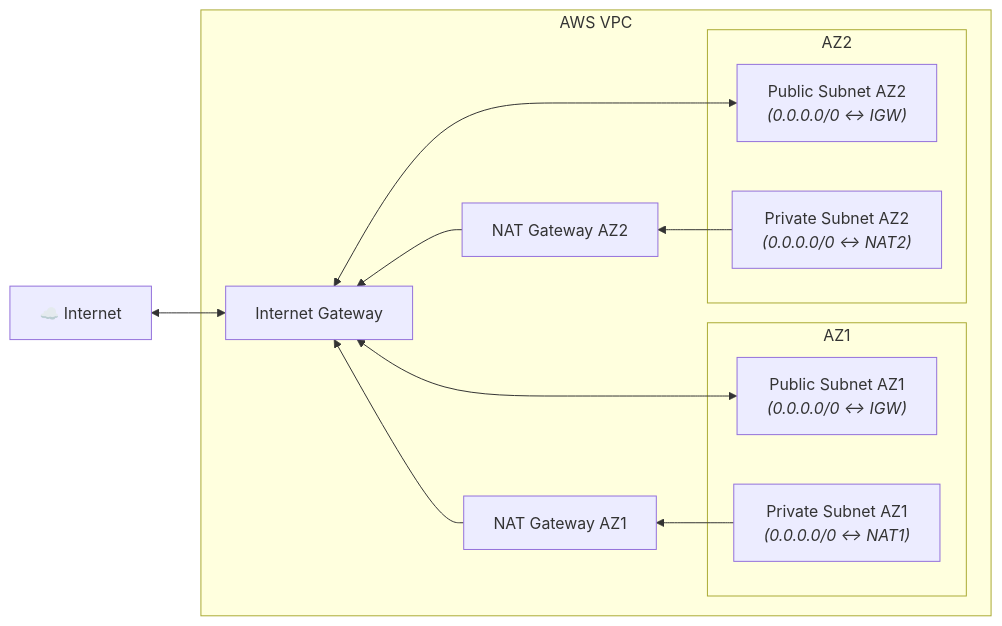
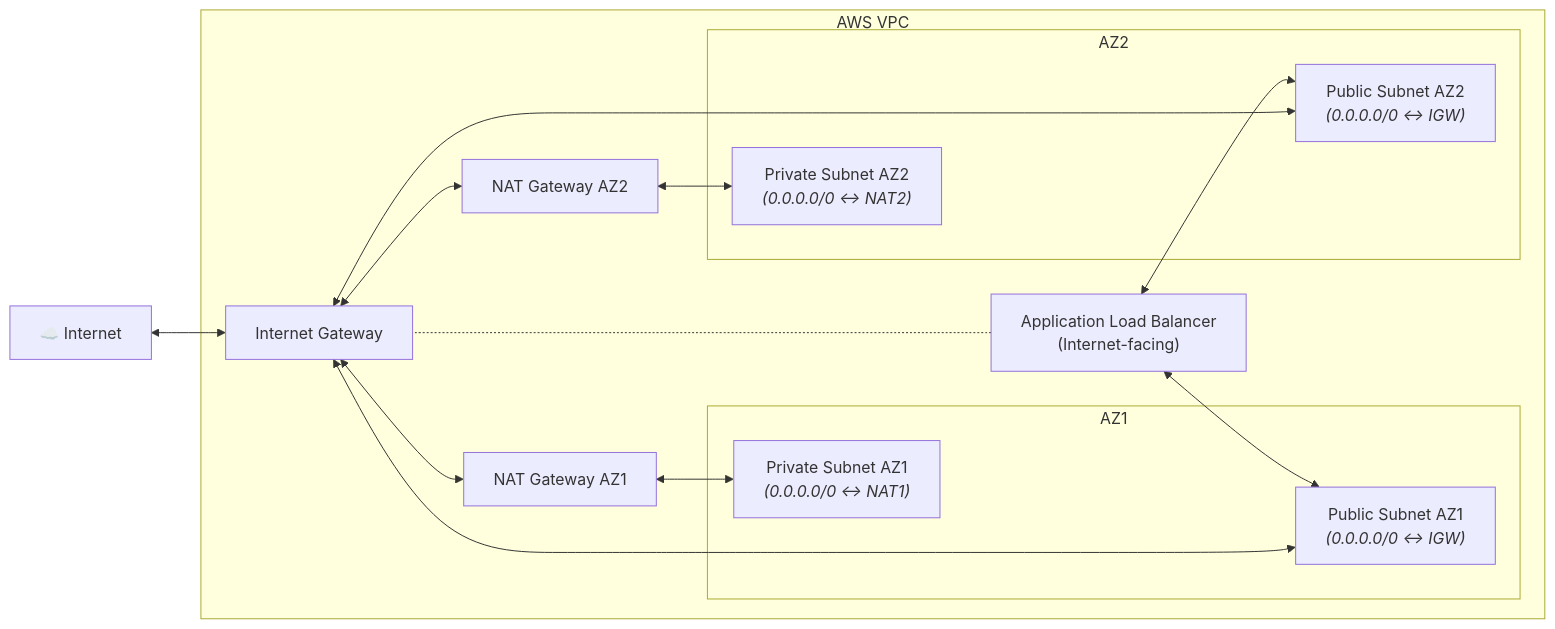
The diagram in content/posts/training/Terraform/Terraform on AWS with SRE & IaC DevOps/06-vpc/index.md (rtdevx/rtdevx.github.io), drawn with Mermaid before and after one commit.

Commit message:
Obsidian sync: 2025-12-20 20:13:25

```diff
--- a/content/posts/training/Terraform/Terraform on AWS with SRE & IaC DevOps/06-vpc/index.md
+++ b/content/posts/training/Terraform/Terraform on AWS with SRE & IaC DevOps/06-vpc/index.md
@@ -28,45 +28,60 @@
 {{< mermaid >}}
 
 flowchart RL
 
     %% External Internet
     Internet["☁️ Internet"]
 
     %% VPC container
     subgraph VPC["AWS VPC"]
 
         %% IGW + NATs
         IGW["Internet Gateway"]
         NAT1["NAT Gateway AZ1"]
         NAT2["NAT Gateway AZ2"]
 
+        %% Load Balancer
+        ALB["Application Load Balancer<br/>(Internet-facing)"]
+
         %% AZ1
         subgraph AZ1["AZ1"]
             Pub1["Public Subnet AZ1<br/><i>(0.0.0.0/0 ↔ IGW)</i>"]
             Priv1["Private Subnet AZ1<br/><i>(0.0.0.0/0 ↔ NAT1)</i>"]
         end
 
         %% AZ2
         subgraph AZ2["AZ2"]
             Pub2["Public Subnet AZ2<br/><i>(0.0.0.0/0 ↔ IGW)</i>"]
             Priv2["Private Subnet AZ2<br/><i>(0.0.0.0/0 ↔ NAT2)</i>"]
         end
 
+        %% ALB placement in public subnets
+        Pub1 <--> ALB
+        Pub2 <--> ALB
+
         %% Public subnet traffic (bi-directional)
         Pub1 <--> IGW
         Pub2 <--> IGW
 
         %% Private subnet traffic (bi-directional)
-        Priv1 --> NAT1
-        Priv2 --> NAT2
+        Priv1 <--> NAT1
+        Priv2 <--> NAT2
 
         %% NAT ↔ IGW (bi-directional)
-        NAT1 --> IGW
-        NAT2 --> IGW
+        NAT1 <--> IGW
+        NAT2 <--> IGW
+
+        %% ALB to private subnets (targets)
+        ALB ~~~ Priv1
+        ALB ~~~ Priv2
+
+        %% ALB To Internet Gateway
+        ALB -.- IGW
+
 
     end
 
     %% IGW ↔ Internet (bi-directional)
     IGW <--> Internet
 
 {{< /mermaid >}}
```
